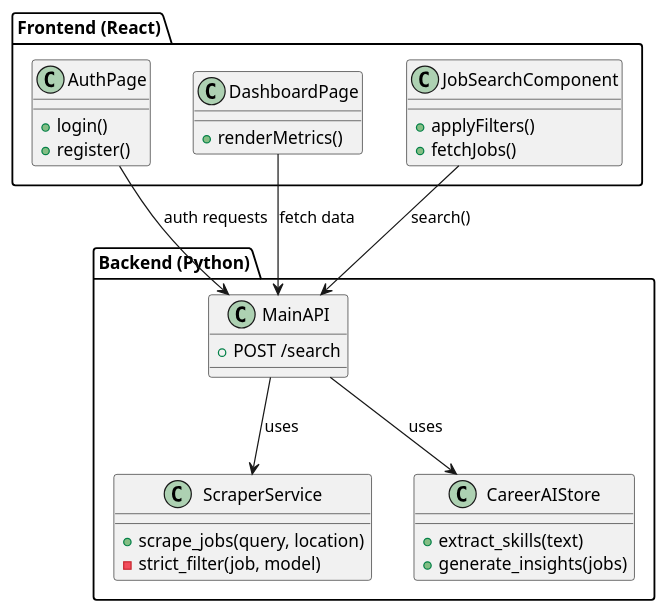
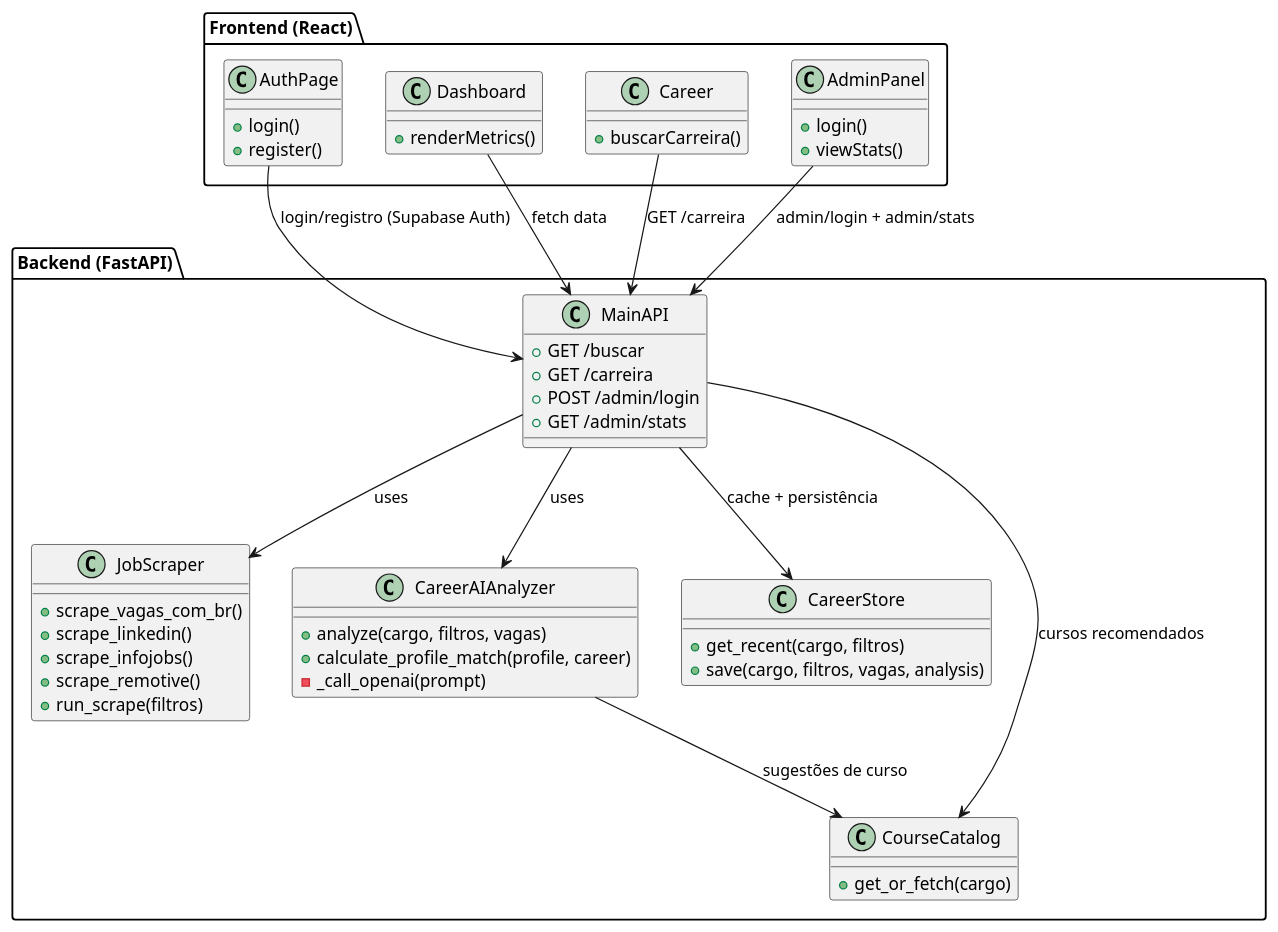
Before and after one commit to Midlab-my/Worky: the diagram in uml_diagrams/6_componentes.wsd, drawn with PlantUML. The commit also changed 28 other files, not shown here.

Commit message:
feat: add new pages and components for user navigation, enhance SiteHeader with dynamic links, and integrate referral system in Profile and Career pages

```diff
--- a/uml_diagrams/6_componentes.wsd
+++ b/uml_diagrams/6_componentes.wsd
@@ -1,36 +1,57 @@
 @startuml
 package "Frontend (React)" {
   class AuthPage {
     +login()
     +register()
   }
-  class DashboardPage {
+  class Dashboard {
     +renderMetrics()
   }
-  class JobSearchComponent {
-    +applyFilters()
-    +fetchJobs()
+  class Career {
+    +buscarCarreira()
+  }
+  class AdminPanel {
+    +login()
+    +viewStats()
   }
 }
 
-package "Backend (Python)" {
+package "Backend (FastAPI)" {
   class MainAPI {
-    +POST /search
+    +GET /buscar
+    +GET /carreira
+    +POST /admin/login
+    +GET /admin/stats
   }
-  class ScraperService {
-    +scrape_jobs(query, location)
-    -strict_filter(job, model)
+  class JobScraper {
+    +scrape_vagas_com_br()
+    +scrape_linkedin()
+    +scrape_infojobs()
+    +scrape_remotive()
+    +run_scrape(filtros)
   }
-  class CareerAIStore {
-    +extract_skills(text)
-    +generate_insights(jobs)
+  class CareerAIAnalyzer {
+    +analyze(cargo, filtros, vagas)
+    +calculate_profile_match(profile, career)
+    -_call_openai(prompt)
+  }
+  class CareerStore {
+    +get_recent(cargo, filtros)
+    +save(cargo, filtros, vagas, analysis)
+  }
+  class CourseCatalog {
+    +get_or_fetch(cargo)
   }
 }
 
-AuthPage --> MainAPI : auth requests
-DashboardPage --> MainAPI : fetch data
-JobSearchComponent --> MainAPI : search()
+AuthPage --> MainAPI : login/registro (Supabase Auth)
+Dashboard --> MainAPI : fetch data
+Career --> MainAPI : GET /carreira
+AdminPanel --> MainAPI : admin/login + admin/stats
 
-MainAPI --> ScraperService : uses
-MainAPI --> CareerAIStore : uses
+MainAPI --> JobScraper : uses
+MainAPI --> CareerAIAnalyzer : uses
+MainAPI --> CareerStore : cache + persistência
+MainAPI --> CourseCatalog : cursos recomendados
+CareerAIAnalyzer --> CourseCatalog : sugestões de curso
 @enduml
```
